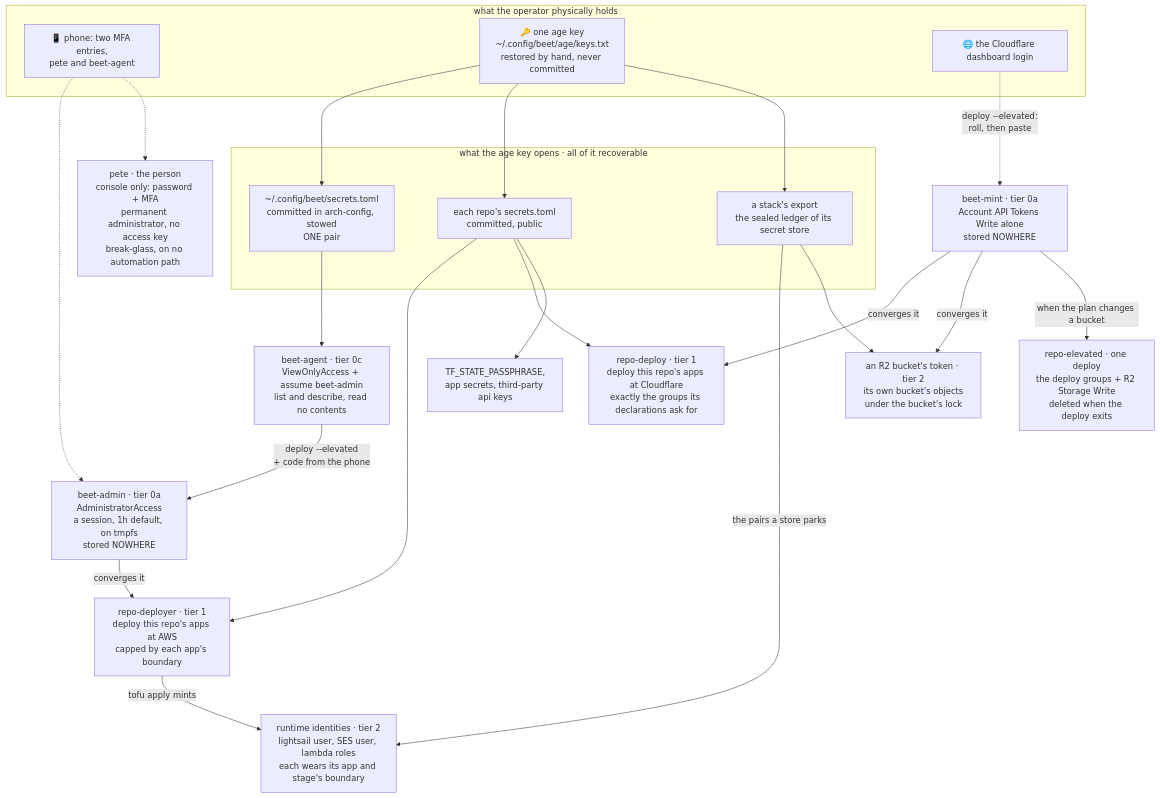
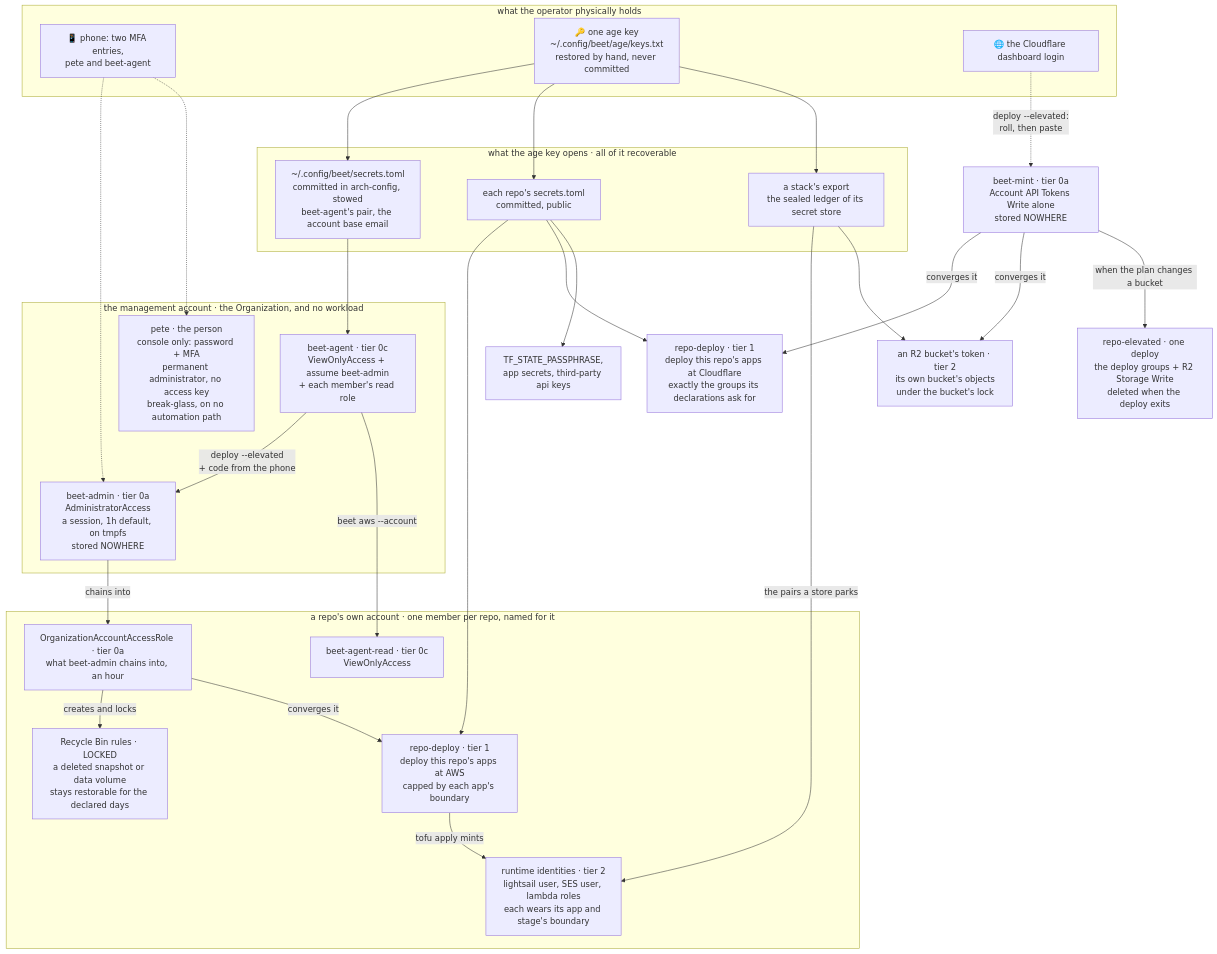
One commit to mrchantey/beet changed the diagram in site/routes/docs/secrets.md. Above: the diagram before and after it, drawn with Mermaid. The commit also changed other lines of this file and 62 other files, not shown here.

````diff
--- a/site/routes/docs/secrets.md
+++ b/site/routes/docs/secrets.md
@@ -404,38 +404,54 @@
 ```mermaid
 flowchart TB
     subgraph you["what the operator physically holds"]
         phone["📱 phone: two MFA entries,<br/>pete and beet-agent"]
         age["🔑 one age key<br/>~/.config/beet/age/keys.txt<br/>restored by hand, never committed"]
         login["🌐 the Cloudflare dashboard login"]
     end
 
     subgraph sealed["what the age key opens · all of it recoverable"]
-        global["~/.config/beet/secrets.toml<br/>committed in arch-config, stowed<br/>ONE pair"]
+        global["~/.config/beet/secrets.toml<br/>committed in arch-config, stowed<br/>beet-agent's pair, the account base email"]
         repo["each repo's secrets.toml<br/>committed, public"]
         ledger["a stack's export<br/>the sealed ledger of its secret store"]
     end
 
     age --> global
     age --> repo
     age --> ledger
 
-    global --> agent["beet-agent · tier 0c<br/>ViewOnlyAccess + assume beet-admin<br/>list and describe, read no contents"]
-    repo --> deployer["repo-deployer · tier 1<br/>deploy this repo's apps at AWS<br/>capped by each app's boundary"]
+    subgraph management["the management account · the Organization, and no workload"]
+        agent["beet-agent · tier 0c<br/>ViewOnlyAccess + assume beet-admin<br/>+ each member's read role"]
+        admin["beet-admin · tier 0a<br/>AdministratorAccess<br/>a session, 1h default, on tmpfs<br/>stored NOWHERE"]
+        pete["pete · the person<br/>console only: password + MFA<br/>permanent administrator, no access key<br/>break-glass, on no automation path"]
+    end
+
+    subgraph member["a repo's own account · one member per repo, named for it"]
+        read["beet-agent-read · tier 0c<br/>ViewOnlyAccess"]
+        orgrole["OrganizationAccountAccessRole · tier 0a<br/>what beet-admin chains into, an hour"]
+        deploy["repo-deploy · tier 1<br/>deploy this repo's apps at AWS<br/>capped by each app's boundary"]
+        runtime["runtime identities · tier 2<br/>lightsail user, SES user, lambda roles<br/>each wears its app and stage's boundary"]
+        rbin["Recycle Bin rules · LOCKED<br/>a deleted snapshot or data volume<br/>stays restorable for the declared days"]
+    end
+
+    global --> agent
+    repo --> deploy
     repo --> cfdeploy["repo-deploy · tier 1<br/>deploy this repo's apps at Cloudflare<br/>exactly the groups its declarations ask for"]
     repo --> other["TF_STATE_PASSPHRASE,<br/>app secrets, third-party api keys"]
 
-    agent -->|"deploy --elevated<br/>+ code from the phone"| admin["beet-admin · tier 0a<br/>AdministratorAccess<br/>a session, 1h default, on tmpfs<br/>stored NOWHERE"]
+    agent -->|"deploy --elevated<br/>+ code from the phone"| admin
     phone -.-> admin
+    agent -->|"beet aws --account"| read
+    admin -->|"chains into"| orgrole
+    orgrole -->|"creates and locks"| rbin
+    orgrole -->|"converges it"| deploy
     login -.->|"deploy --elevated:<br/>roll, then paste"| mint["beet-mint · tier 0a<br/>Account API Tokens Write alone<br/>stored NOWHERE"]
 
-    deployer -->|"tofu apply mints"| runtime["runtime identities · tier 2<br/>lightsail user, SES user, lambda roles<br/>each wears its app and stage's boundary"]
-    admin -->|"converges it"| deployer
+    deploy -->|"tofu apply mints"| runtime
     mint -->|"converges it"| cfdeploy
     mint -->|"converges it"| bucket["an R2 bucket's token · tier 2<br/>its own bucket's objects<br/>under the bucket's lock"]
     mint -->|"when the plan changes a bucket"| elevated["repo-elevated · one deploy<br/>the deploy groups + R2 Storage Write<br/>deleted when the deploy exits"]
     ledger -->|"the pairs a store parks"| runtime
     ledger --> bucket
 
-    pete["pete · the person<br/>console only: password + MFA<br/>permanent administrator, no access key<br/>break-glass, on no automation path"]
     phone -.-> pete
 ```
````
